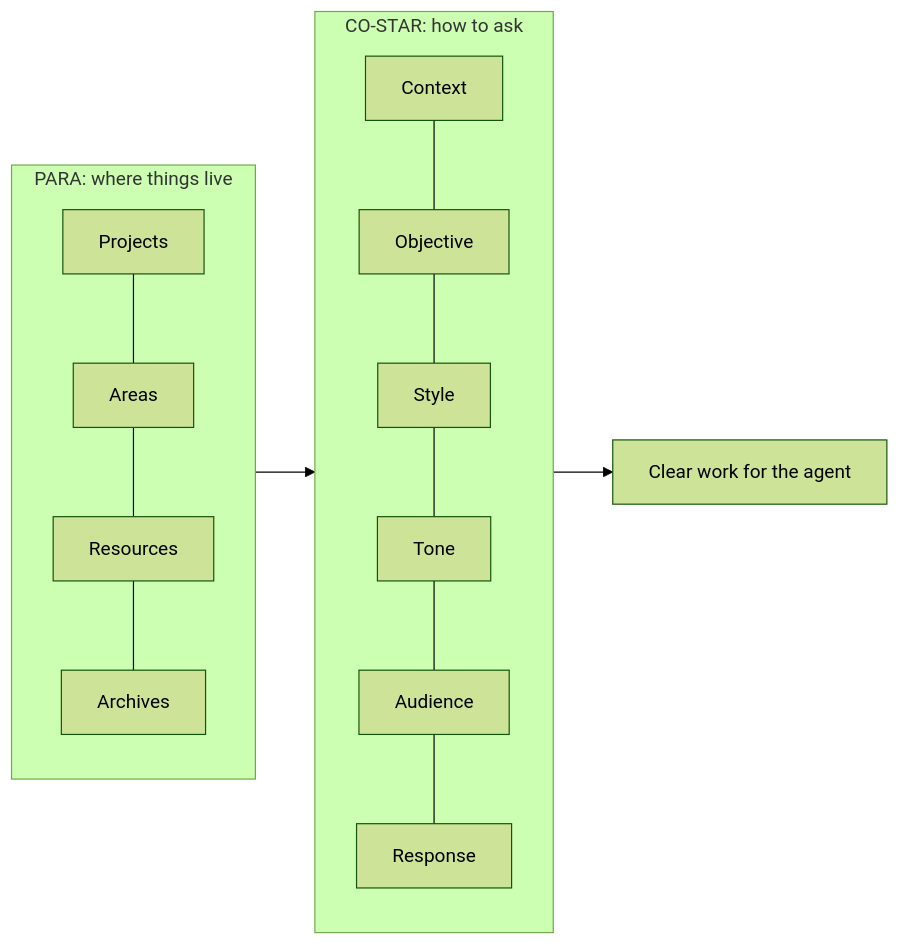
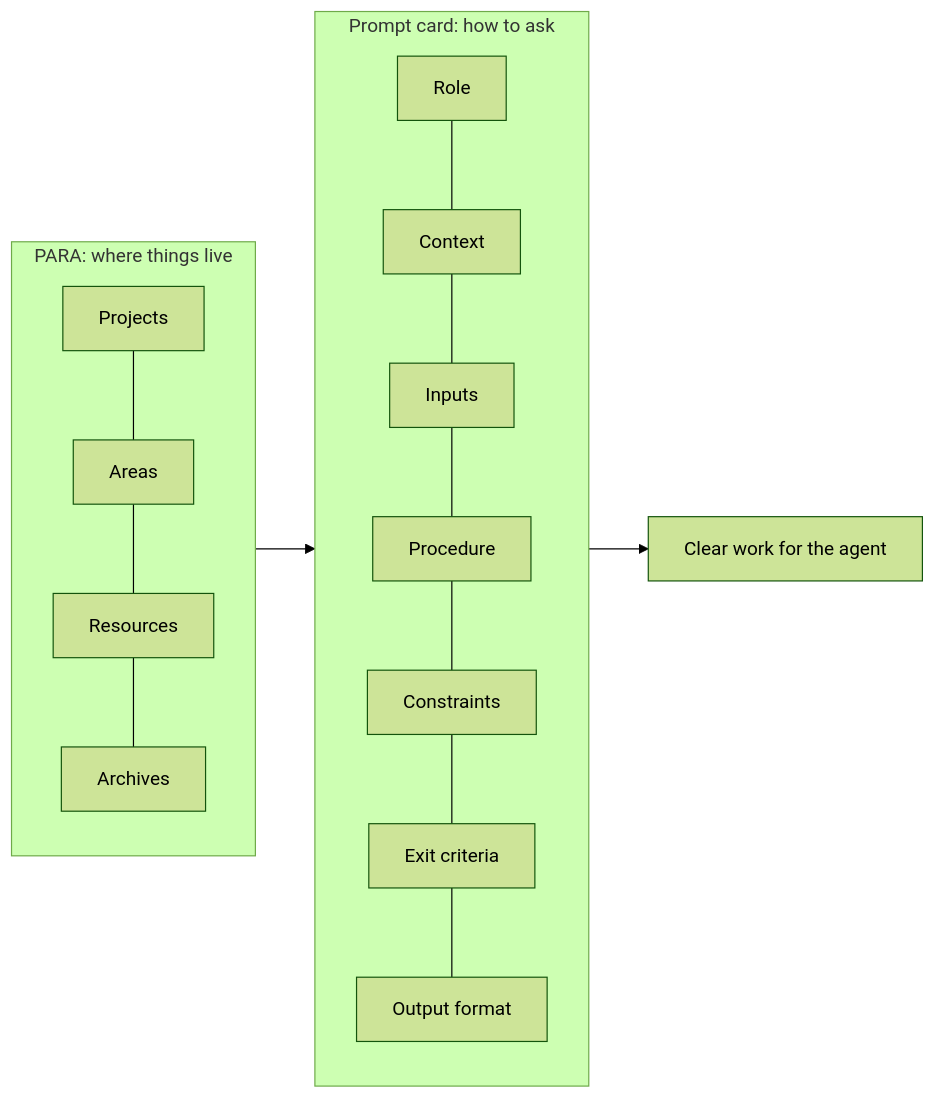
One commit to dennidalpos/secondbrain changed the second of 2 diagrams in README.md. Above: the diagram before and after it, drawn with Mermaid (forest theme). The commit also changed other lines of this file and 248 other files, not shown here.

````diff
--- a/README.md
+++ b/README.md
@@ -44,10 +44,10 @@
 ```mermaid
 flowchart LR
     subgraph PARA["PARA: where things live"]
         P1["Projects"] --- P2["Areas"] --- P3["Resources"] --- P4["Archives"]
     end
-    subgraph COSTAR["CO-STAR: how to ask"]
-        C1["Context"] --- C2["Objective"] --- C3["Style"] --- C4["Tone"] --- C5["Audience"] --- C6["Response"]
+    subgraph CARD["Prompt card: how to ask"]
+        C1["Role"] --- C2["Context"] --- C3["Inputs"] --- C4["Procedure"] --- C5["Constraints"] --- C6["Exit criteria"] --- C7["Output format"]
     end
-    PARA --> COSTAR --> R["Clear work for the agent"]
+    PARA --> CARD --> R["Clear work for the agent"]
 ```
````
